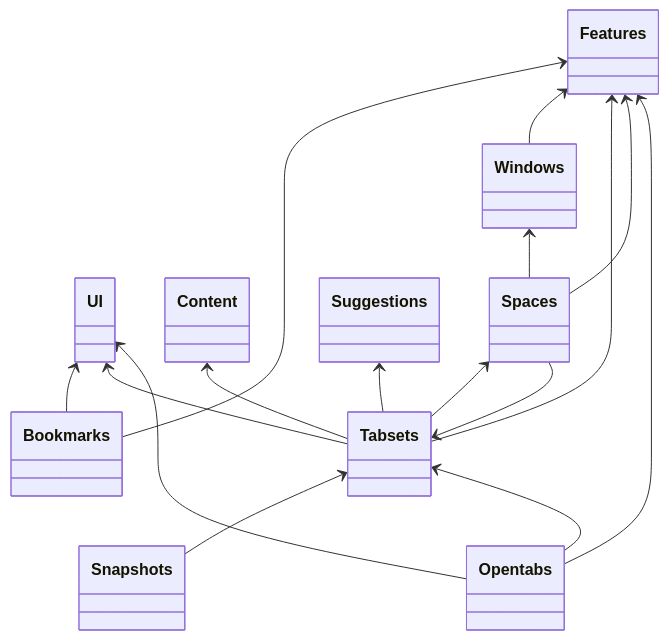
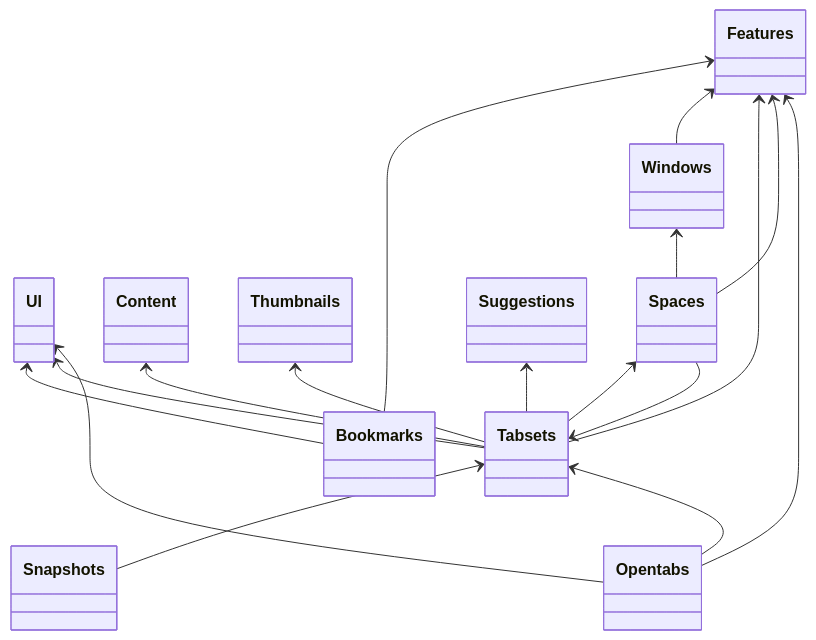
The diagram in docs/submodules/index.md (evandor/tabsets), drawn with Mermaid before and after one commit. The commit also changed other lines of this file, not shown here.

````diff
--- a/docs/submodules/index.md
+++ b/docs/submodules/index.md
@@ -14,37 +14,38 @@
 ```mermaid
 classDiagram
 %%  Core <-- Features
 
   Features <-- Bookmarks
   UI <-- Bookmarks
 
   Features <-- Windows
 %%  Tabsets <-- Windows
 
 %%  Tabsets <-- Thumbnails
 %%  Windows <-- Thumbnails
 
   Content <-- Tabsets
   Features <-- Tabsets
+  Thumbnails <-- Tabsets
 %%  Search <-- Tabsets
   Spaces <-- Tabsets
   Suggestions <-- Tabsets
 %%  Bookmarks <-- Tabsets
   UI <-- Tabsets
 
   Features <-- Spaces
   Windows <-- Spaces
   Tabsets <-- Spaces
 
 %%  Bookmarks <-- Search
 
 %%  Search <-- Content
 
   Tabsets <-- Snapshots
 
   UI <-- Opentabs
   Tabsets <-- Opentabs
   Features <-- Opentabs
 
 
 ```
````
